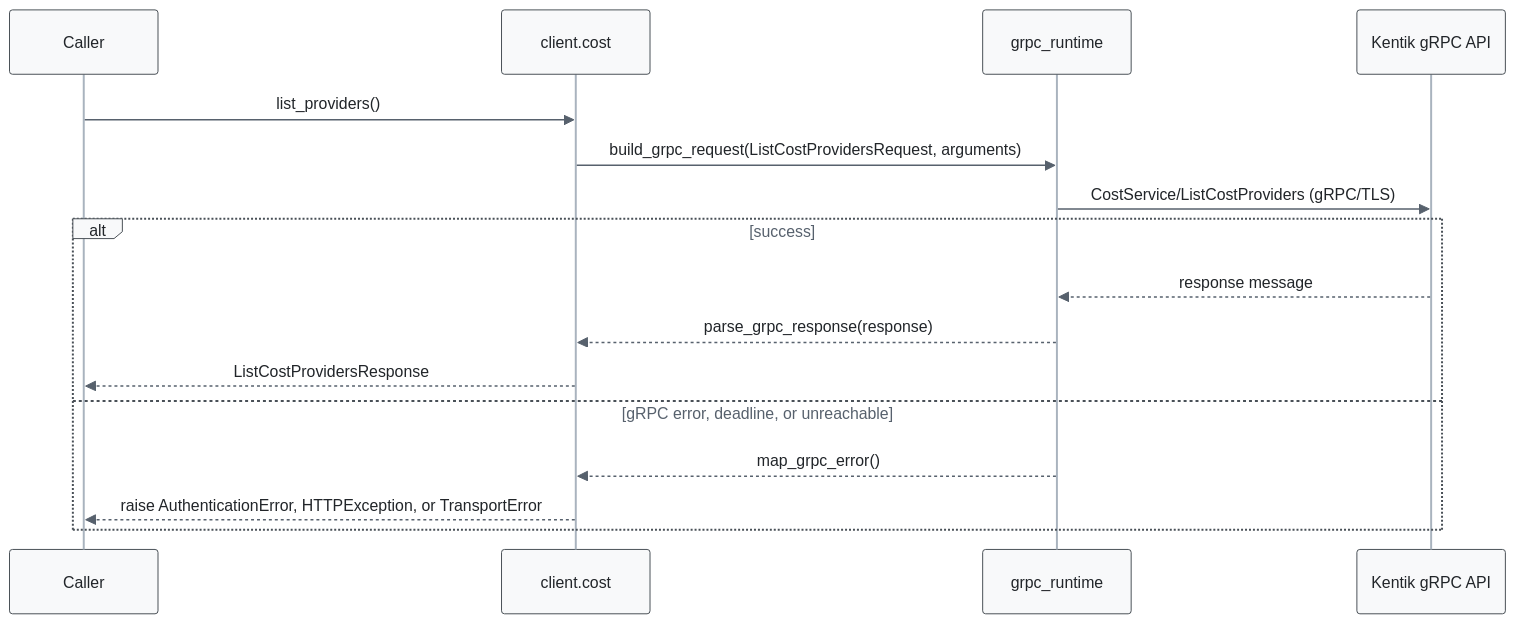
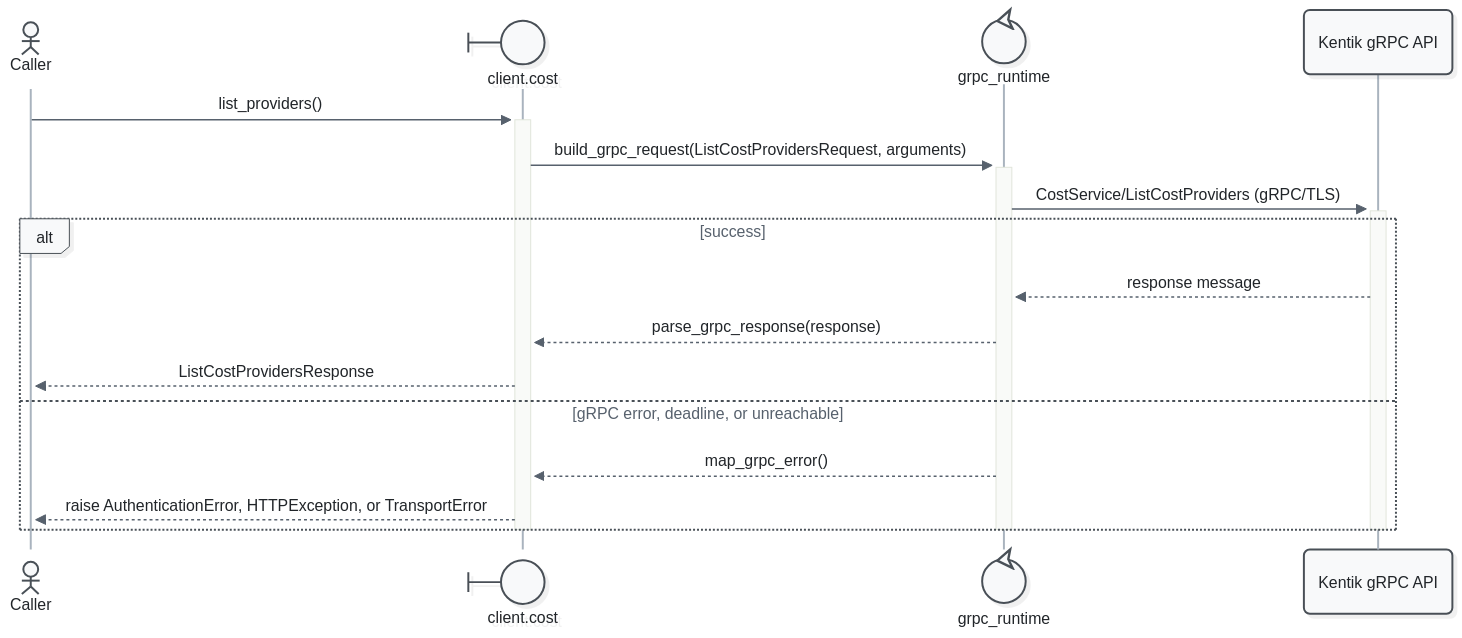
The second of 7 diagrams in docs/sphinx/services/cost.md (alexdearaujo/community_sdk_python), drawn with Mermaid before and after one commit. The commit also changed other lines of this file and 52 other files, not shown here.

First line of the commit message:
docs: Mermaid 12 sequence diagrams with participant types and path colors

````diff
--- a/docs/sphinx/services/cost.md
+++ b/docs/sphinx/services/cost.md
@@ -55,20 +57,23 @@
 ```mermaid
-%%{init: {"theme": "base", "fontFamily": "ui-monospace, SFMono-Regular, Menlo, monospace", "themeVariables": {"fontFamily": "ui-monospace, SFMono-Regular, Menlo, monospace", "primaryColor": "#f8f9fa", "primaryBorderColor": "#495057", "primaryTextColor": "#212529", "textColor": "#212529", "lineColor": "#77818c", "edgeLabelBackground": "#ffffff", "actorBkg": "#f8f9fa", "actorBorder": "#495057", "actorTextColor": "#212529", "actorLineColor": "#a9b3be", "signalColor": "#57616d", "signalTextColor": "#212529", "labelBoxBkgColor": "#f8f9fa", "labelBoxBorderColor": "#495057", "labelTextColor": "#212529", "loopTextColor": "#57616d", "noteBkgColor": "#fff9db", "noteBorderColor": "#f08c00", "noteTextColor": "#a35a00"}, "flowchart": {"curve": "step", "nodeSpacing": 30, "rankSpacing": 70, "wrappingWidth": 400}}}%%
+%%{init: {"theme": "redux", "look": "neo", "layout": "dagre", "fontFamily": "ui-monospace, SFMono-Regular, Menlo, monospace", "themeVariables": {"fontFamily": "ui-monospace, SFMono-Regular, Menlo, monospace", "primaryColor": "#f8f9fa", "primaryBorderColor": "#495057", "primaryTextColor": "#212529", "textColor": "#212529", "lineColor": "#77818c", "edgeLabelBackground": "#ffffff", "actorBkg": "#f8f9fa", "actorBorder": "#495057", "actorTextColor": "#212529", "actorLineColor": "#a9b3be", "signalColor": "#57616d", "signalTextColor": "#212529", "labelBoxBkgColor": "#f8f9fa", "labelBoxBorderColor": "#495057", "labelTextColor": "#212529", "loopTextColor": "#57616d", "noteBkgColor": "#fff9db", "noteBorderColor": "#f08c00", "noteTextColor": "#a35a00"}, "sequence": {"activationWidth": 16}, "flowchart": {"curve": "step", "nodeSpacing": 30, "rankSpacing": 70, "wrappingWidth": 400}}}%%
 sequenceDiagram
-    participant C as Caller
-    participant W as client.cost
-    participant R as grpc_runtime
+    actor C as Caller
+    participant W@{ "type": "boundary" } as client.cost
+    participant R@{ "type": "control" } as grpc_runtime
     participant API as Kentik gRPC API
 
-    C->>W: list_providers()
-    W->>R: build_grpc_request(ListCostProvidersRequest, arguments)
-    R->>API: CostService/ListCostProviders (gRPC/TLS)
+    C->>+W: list_providers()
+    W->>+R: build_grpc_request(ListCostProvidersRequest, arguments)
+    R->>+API: CostService/ListCostProviders (gRPC/TLS)
     alt success
         API-->>R: response message
         R-->>W: parse_grpc_response(response)
         W-->>C: ListCostProvidersResponse
     else gRPC error, deadline, or unreachable
         R-->>W: map_grpc_error()
         W-->>C: raise AuthenticationError, HTTPException, or TransportError
     end
+    deactivate API
+    deactivate R
+    deactivate W
 ```
````
